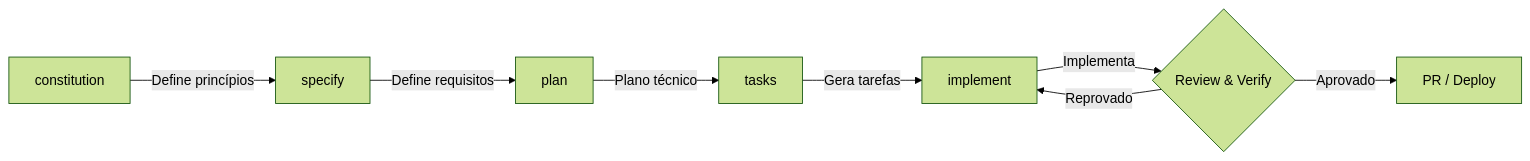
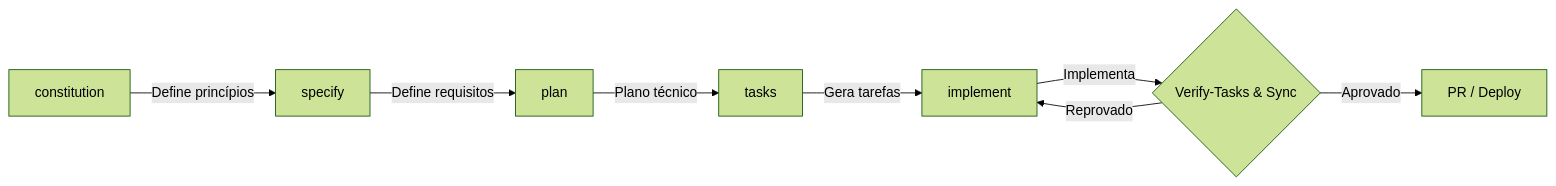
One commit to wagner-sousa/spec-kit-docker changed the first of 10 diagrams in README.md. Above: the diagram before and after it, drawn with Mermaid (forest theme). The commit also changed other lines of this file and 134 other files, not shown here.

````diff
--- a/README.md
+++ b/README.md
@@ -89,10 +112,10 @@
 ```mermaid
 graph LR
     A[constitution] -->|Define princípios| B[specify]
     B -->|Define requisitos| C[plan]
     C -->|Plano técnico| D[tasks]
     D -->|Gera tarefas| E[implement]
-    E -->|Implementa| F{Review & Verify}
+    E -->|Implementa| F{Verify-Tasks & Sync}
     F -->|Aprovado| G[PR / Deploy]
     F -->|Reprovado| E
 ```
````
